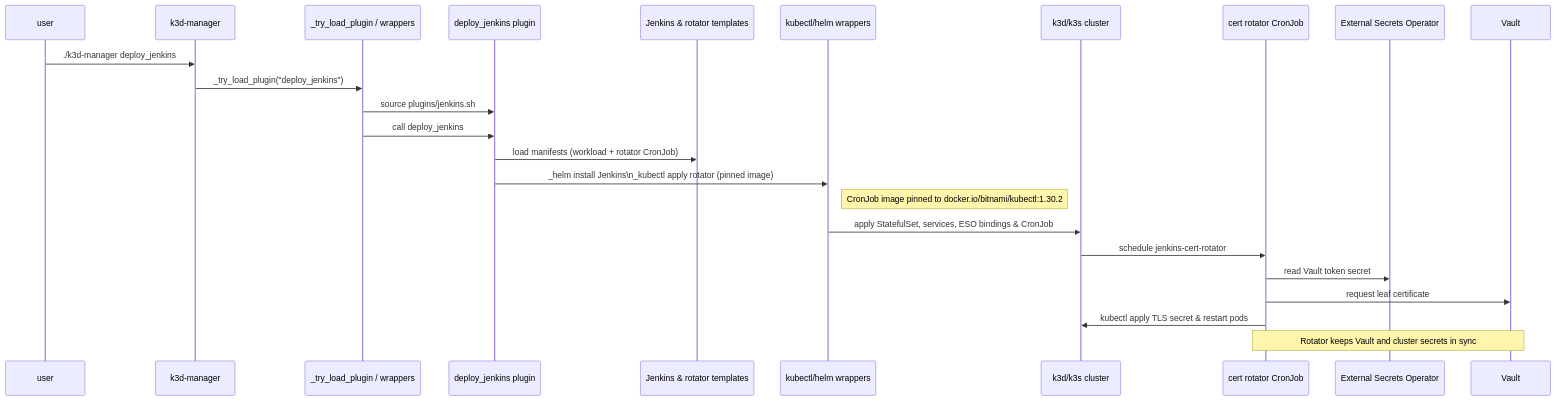
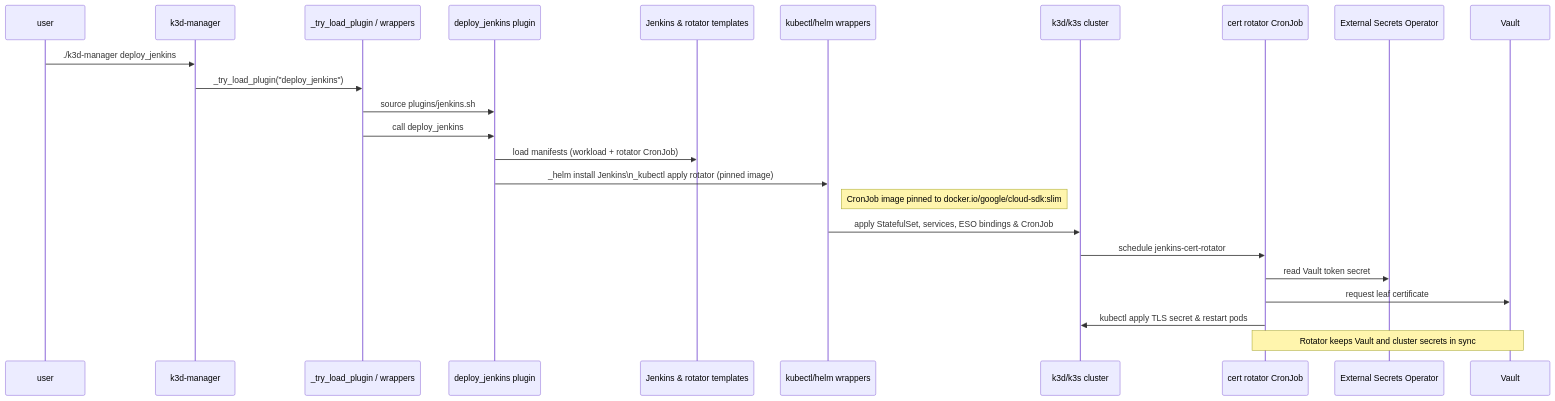
The second of 2 diagrams in README.md (wilddog64/k3d-manager), drawn with Mermaid before and after one commit. The commit also changed other lines of this file, not shown here.

````diff
--- a/README.md
+++ b/README.md
@@ -240,27 +240,27 @@
 ```mermaid
 sequenceDiagram
   participant U as user
   participant KM as k3d-manager
   participant SYS as _try_load_plugin / wrappers
   participant J as deploy_jenkins plugin
   participant T as Jenkins & rotator templates
   participant K as kubectl/helm wrappers
   participant C as k3d/k3s cluster
   participant R as cert rotator CronJob
   participant ESO as External Secrets Operator
   participant V as Vault
 
   U->>KM: ./k3d-manager deploy_jenkins
   KM->>SYS: _try_load_plugin("deploy_jenkins")
   SYS->>J: source plugins/jenkins.sh
   SYS->>J: call deploy_jenkins
   J->>T: load manifests (workload + rotator CronJob)
   J->>K: _helm install Jenkins\n_kubectl apply rotator (pinned image)
-  Note right of K: CronJob image pinned to docker.io/bitnami/kubectl:1.30.2
+  Note right of K: CronJob image pinned to docker.io/google/cloud-sdk:slim
   K->>C: apply StatefulSet, services, ESO bindings & CronJob
   C->>R: schedule jenkins-cert-rotator
   R->>ESO: read Vault token secret
   R->>V: request leaf certificate
   R->>C: kubectl apply TLS secret & restart pods
   Note over R,V: Rotator keeps Vault and cluster secrets in sync
 ```
````
